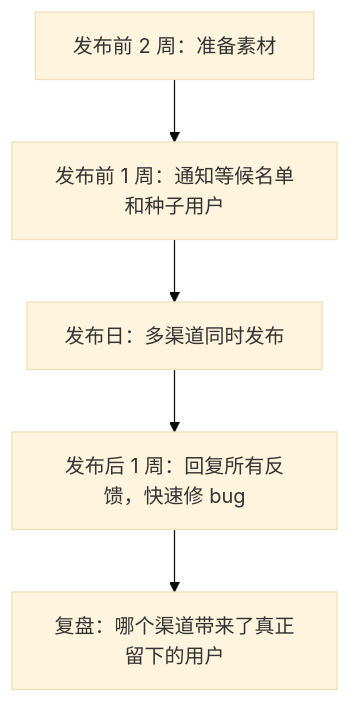
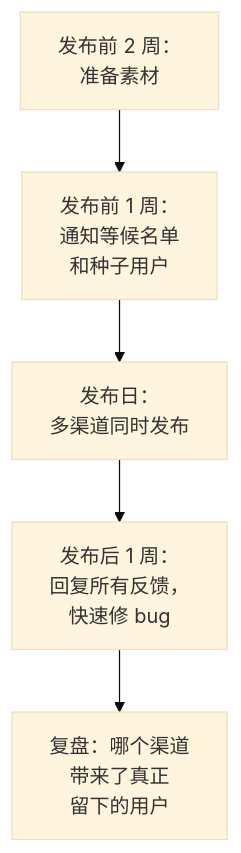
One commit to jarvis-pro/hatch-shelf changed the diagram in books/growth-marketing/06-cold-start.md. Above: the diagram before and after it, drawn with Mermaid (base theme). The commit also changed 432 other files, not shown here.

````diff
--- a/books/growth-marketing/06-cold-start.md
+++ b/books/growth-marketing/06-cold-start.md
@@ -74,7 +74,7 @@
 ```mermaid
 flowchart TD
-  A["发布前 2 周：准备素材"] --> B["发布前 1 周：通知等候名单和种子用户"]
-  B --> C["发布日：多渠道同时发布"]
-  C --> D["发布后 1 周：回复所有反馈，快速修 bug"]
-  D --> E["复盘：哪个渠道带来了真正留下的用户"]
+  A["发布前 2 周：<br/>准备素材"] --> B["发布前 1 周：<br/>通知等候名单<br/>和种子用户"]
+  B --> C["发布日：<br/>多渠道同时发布"]
+  C --> D["发布后 1 周：<br/>回复所有反馈，<br/>快速修 bug"]
+  D --> E["复盘：哪个渠道<br/>带来了真正<br/>留下的用户"]
 ```
````
